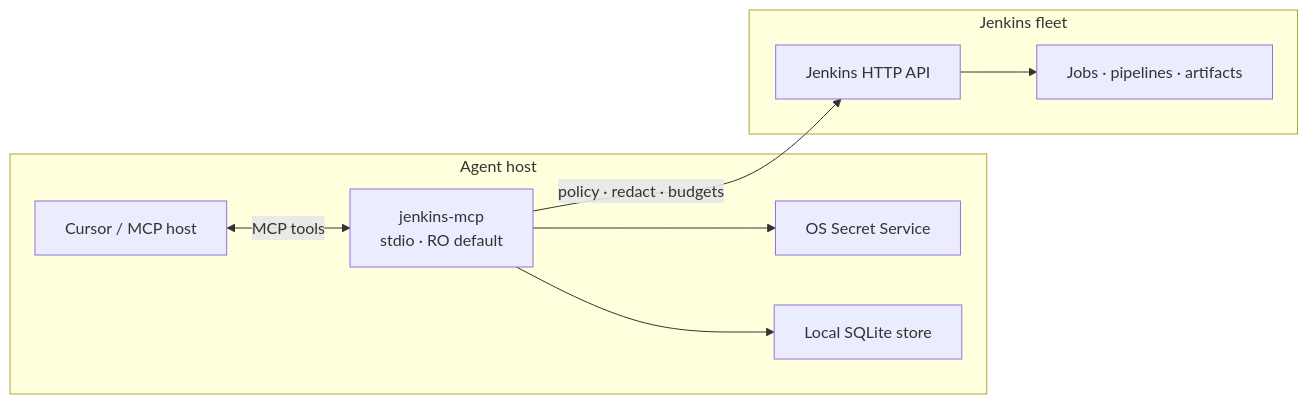
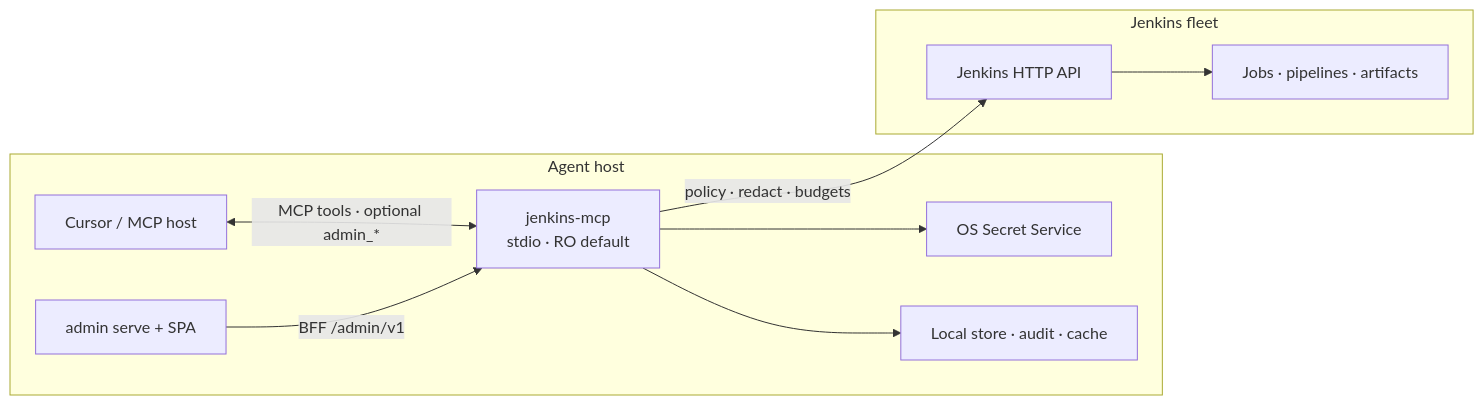
The diagram in README.md (hilather/go-jenkins-mcp), drawn with Mermaid before and after one commit. The commit also changed other lines of this file and 2 other files, not shown here.

````diff
--- a/README.md
+++ b/README.md
@@ -108,20 +177,22 @@
 ```mermaid
 flowchart LR
   subgraph Host["Agent host"]
     Cursor["Cursor / MCP host"]
     MCP["jenkins-mcp<br/>stdio · RO default"]
     Keyring["OS Secret Service"]
-    Store["Local SQLite store"]
+    Store["Local store · audit · cache"]
+    Admin["admin serve + SPA"]
   end
 
   subgraph Jenkins["Jenkins fleet"]
     API["Jenkins HTTP API"]
     Jobs["Jobs · pipelines · artifacts"]
   end
 
-  Cursor <-->|MCP tools| MCP
+  Cursor <-->|MCP tools · optional admin_*| MCP
+  Admin -->|BFF /admin/v1| MCP
   MCP --> Keyring
   MCP --> Store
   MCP -->|policy · redact · budgets| API
   API --> Jobs
 ```
````
